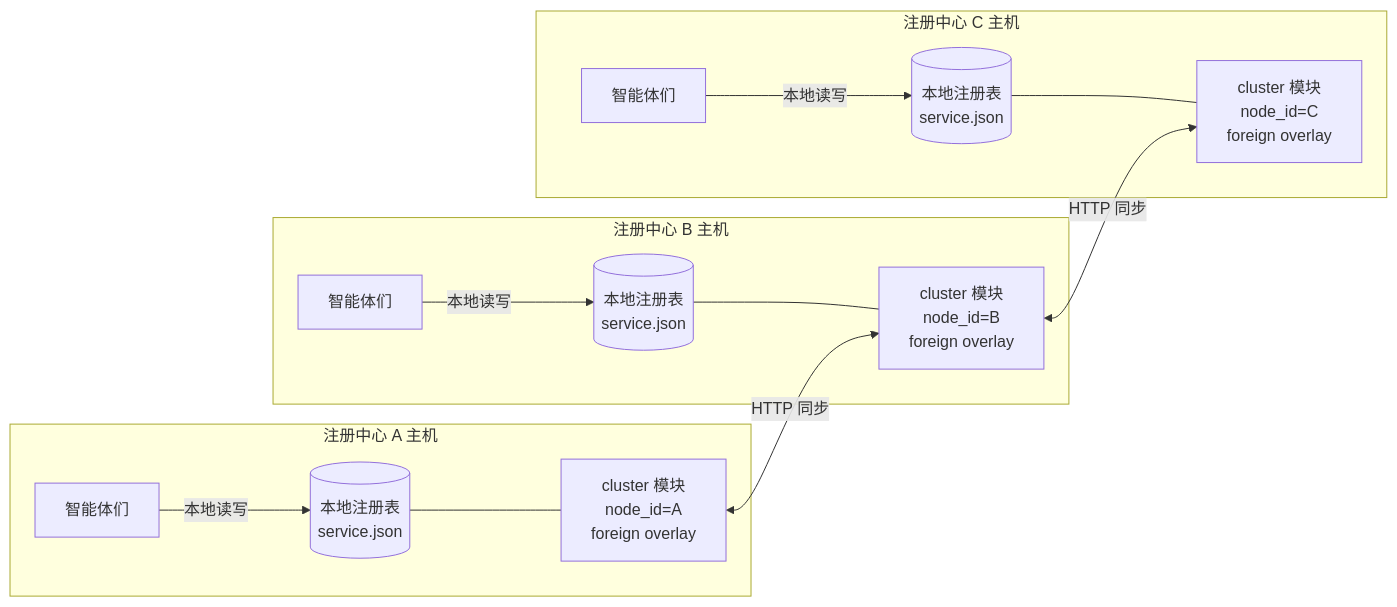
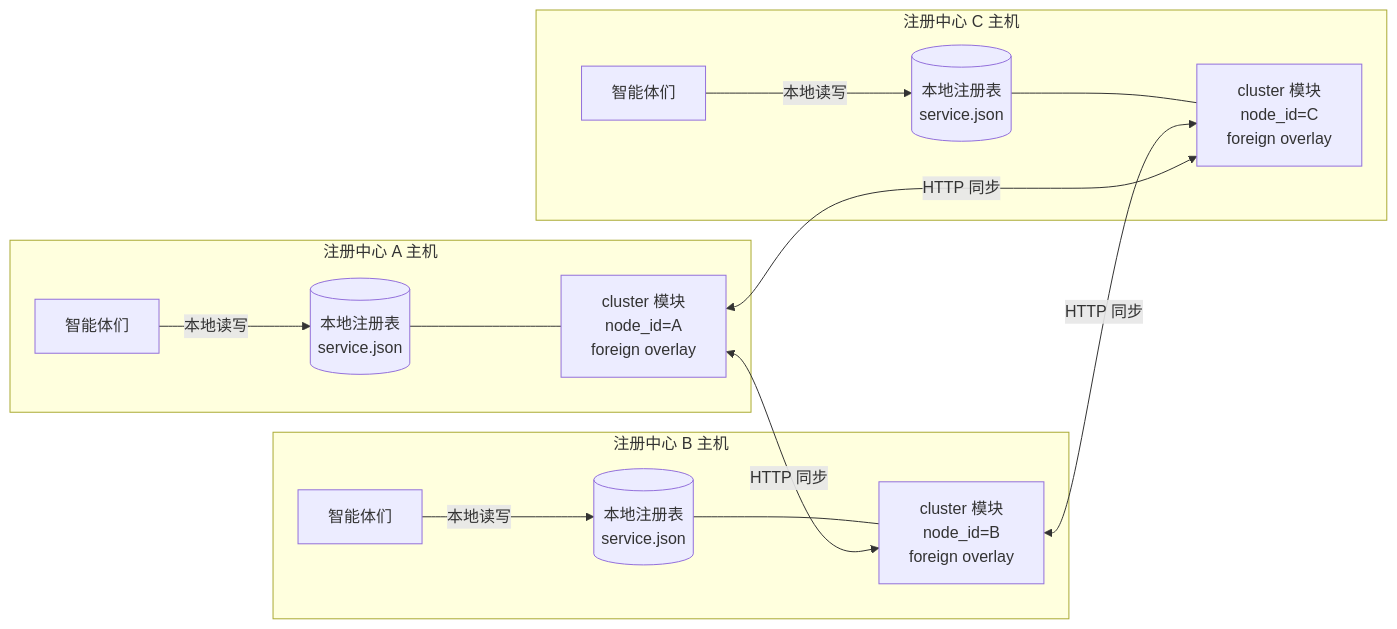
One commit to Weizheng96/A2X-registry changed the fifth of 6 diagrams in docs/cluster_design.md. Above: the diagram before and after it, drawn with Mermaid. The commit also changed other lines of this file and 17 other files, not shown here.

````diff
--- a/docs/cluster_design.md
+++ b/docs/cluster_design.md
@@ -140,17 +137,18 @@
 ```mermaid
 flowchart LR
     subgraph HA[注册中心 A 主机]
         AgA[智能体们] -->|本地读写| RA[(本地注册表<br/>service.json)]
         RA --- CA[cluster 模块<br/>node_id=A<br/>foreign overlay]
     end
     subgraph HB[注册中心 B 主机]
         AgB[智能体们] -->|本地读写| RB[(本地注册表<br/>service.json)]
         RB --- CB[cluster 模块<br/>node_id=B<br/>foreign overlay]
     end
     subgraph HC[注册中心 C 主机]
         AgC[智能体们] -->|本地读写| RC[(本地注册表<br/>service.json)]
         RC --- CC[cluster 模块<br/>node_id=C<br/>foreign overlay]
     end
     CA <-->|HTTP 同步| CB
     CB <-->|HTTP 同步| CC
+    CA <-->|HTTP 同步| CC
 ```
````
